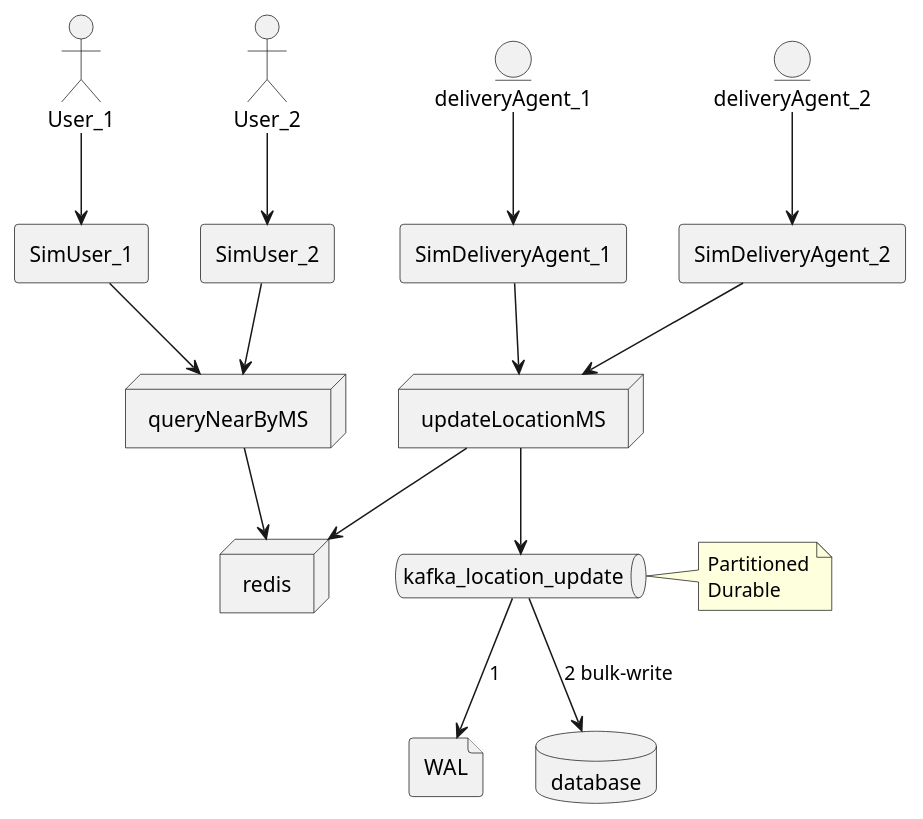
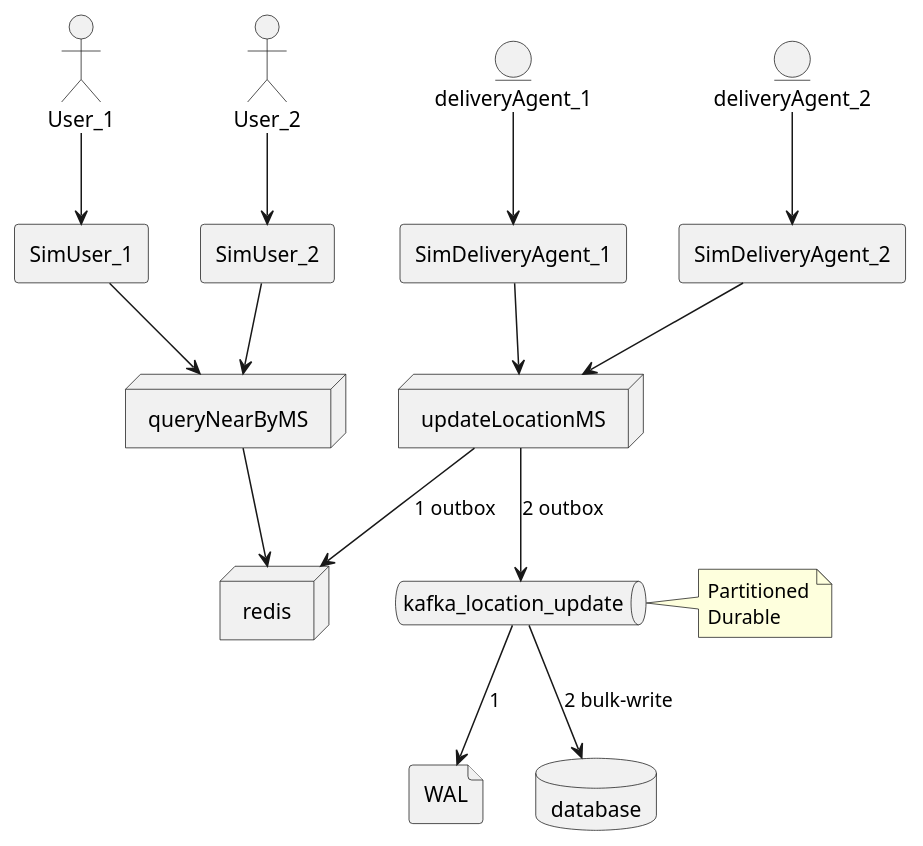
The diagram in docs/HLD-1.puml (ozdemirht/py_redis_1), drawn with PlantUML before and after one commit. The commit also changed 1 other file, not shown here.

```diff
--- a/docs/HLD-1.puml
+++ b/docs/HLD-1.puml
@@ -1,47 +1,47 @@
 @startuml
 'https://plantuml.com/deployment-diagram
 
 entity deliveryAgent_1
 entity deliveryAgent_2
 agent SimDeliveryAgent_1
 agent SimDeliveryAgent_2
 actor User_1
 actor User_2
 agent SimUser_1
 agent SimUser_2
 file WAL
 
 node updateLocationMS
 
 node queryNearByMS
 
 node redis
 
 database database
 
 queue kafka_location_update
 
 deliveryAgent_1 --> SimDeliveryAgent_1
 SimDeliveryAgent_1 --> updateLocationMS
 
 deliveryAgent_2 --> SimDeliveryAgent_2
 SimDeliveryAgent_2 --> updateLocationMS
 
-updateLocationMS --> redis
 
 User_1 --> SimUser_1
 SimUser_1 --> queryNearByMS
 User_2 --> SimUser_2
 SimUser_2 --> queryNearByMS
 
 queryNearByMS --> redis
 
-updateLocationMS --> kafka_location_update
+updateLocationMS --> redis: 1 outbox
+updateLocationMS --> kafka_location_update: 2 outbox
 note right
 Partitioned
 Durable
 end note
 kafka_location_update --> WAL: 1
 kafka_location_update --> database: 2 bulk-write
 
 @enduml
```
